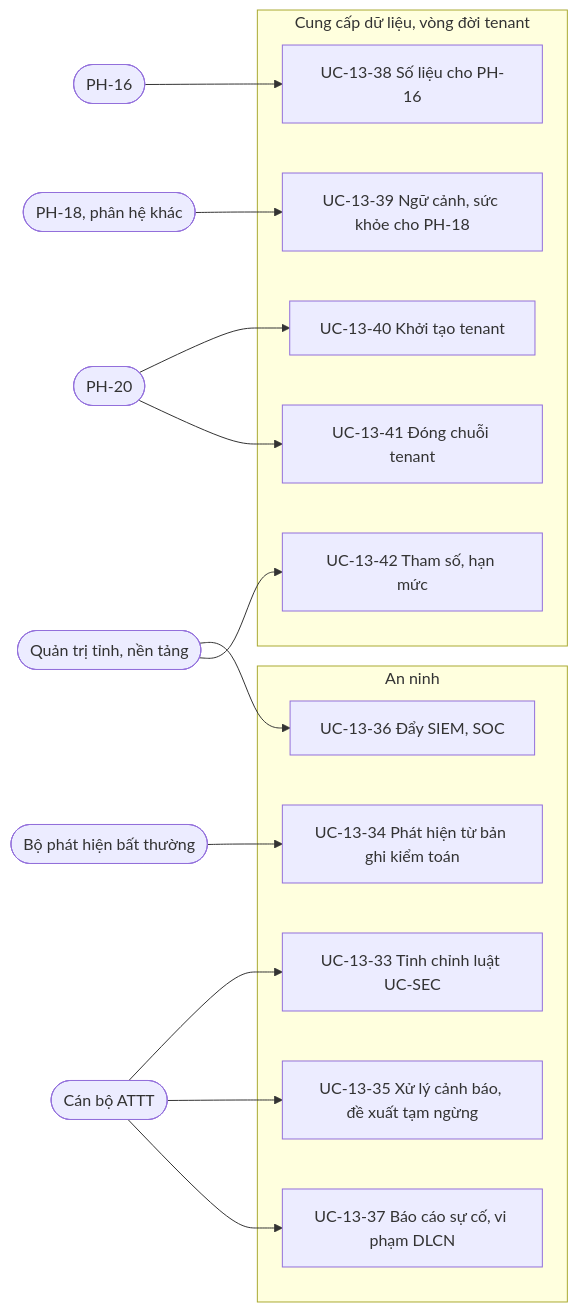
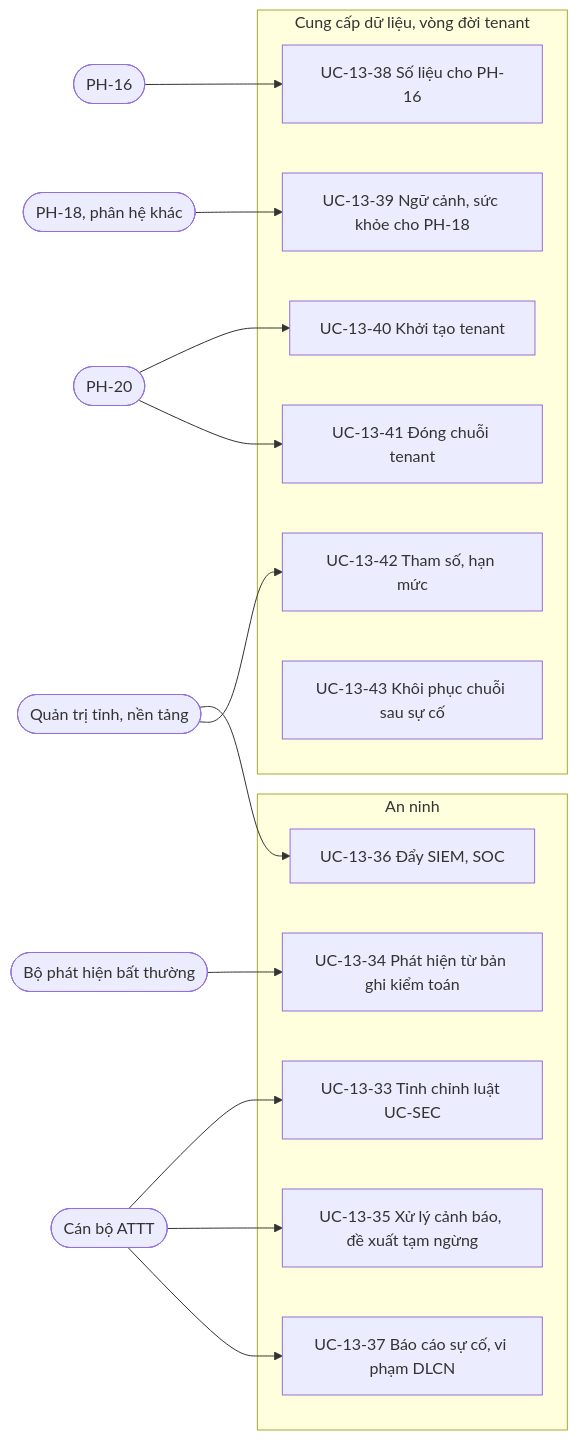
Before and after one commit to caprocute/DATAHUB: the sixth of 6 diagrams in datahub-docs/02-yeu-cau/use-case/D02-04-PH13-use-case-giam-sat-kiem-toan.md, drawn with Mermaid. The commit also changed other lines of this file and 51 other files, not shown here.

````diff
--- a/datahub-docs/02-yeu-cau/use-case/D02-04-PH13-use-case-giam-sat-kiem-toan.md
+++ b/datahub-docs/02-yeu-cau/use-case/D02-04-PH13-use-case-giam-sat-kiem-toan.md
@@ -247,33 +247,34 @@
 ```{.mermaid caption="Use case phát hiện bất thường, cung cấp dữ liệu và vòng đời tenant"}
 flowchart LR
   SO([Cán bộ ATTT])
   TA([Quản trị tỉnh, nền tảng])
   SY([Bộ phát hiện bất thường])
   P16([PH-16])
   P18([PH-18, phân hệ khác])
   P20([PH-20])
   subgraph AN["An ninh"]
     U33["UC-13-33 Tinh chỉnh luật UC-SEC"]
     U34["UC-13-34 Phát hiện từ bản ghi kiểm toán"]
     U35["UC-13-35 Xử lý cảnh báo, đề xuất tạm ngừng"]
     U36["UC-13-36 Đẩy SIEM, SOC"]
     U37["UC-13-37 Báo cáo sự cố, vi phạm DLCN"]
   end
   subgraph DL["Cung cấp dữ liệu, vòng đời tenant"]
     U38["UC-13-38 Số liệu cho PH-16"]
     U39["UC-13-39 Ngữ cảnh, sức khỏe cho PH-18"]
     U40["UC-13-40 Khởi tạo tenant"]
     U41["UC-13-41 Đóng chuỗi tenant"]
     U42["UC-13-42 Tham số, hạn mức"]
+    U43["UC-13-43 Khôi phục chuỗi sau sự cố"]
   end
   SO --> U33
   SO --> U35
   SO --> U37
   SY --> U34
   TA --> U36
   TA --> U42
   P16 --> U38
   P18 --> U39
   P20 --> U40
   P20 --> U41
 ```
````
